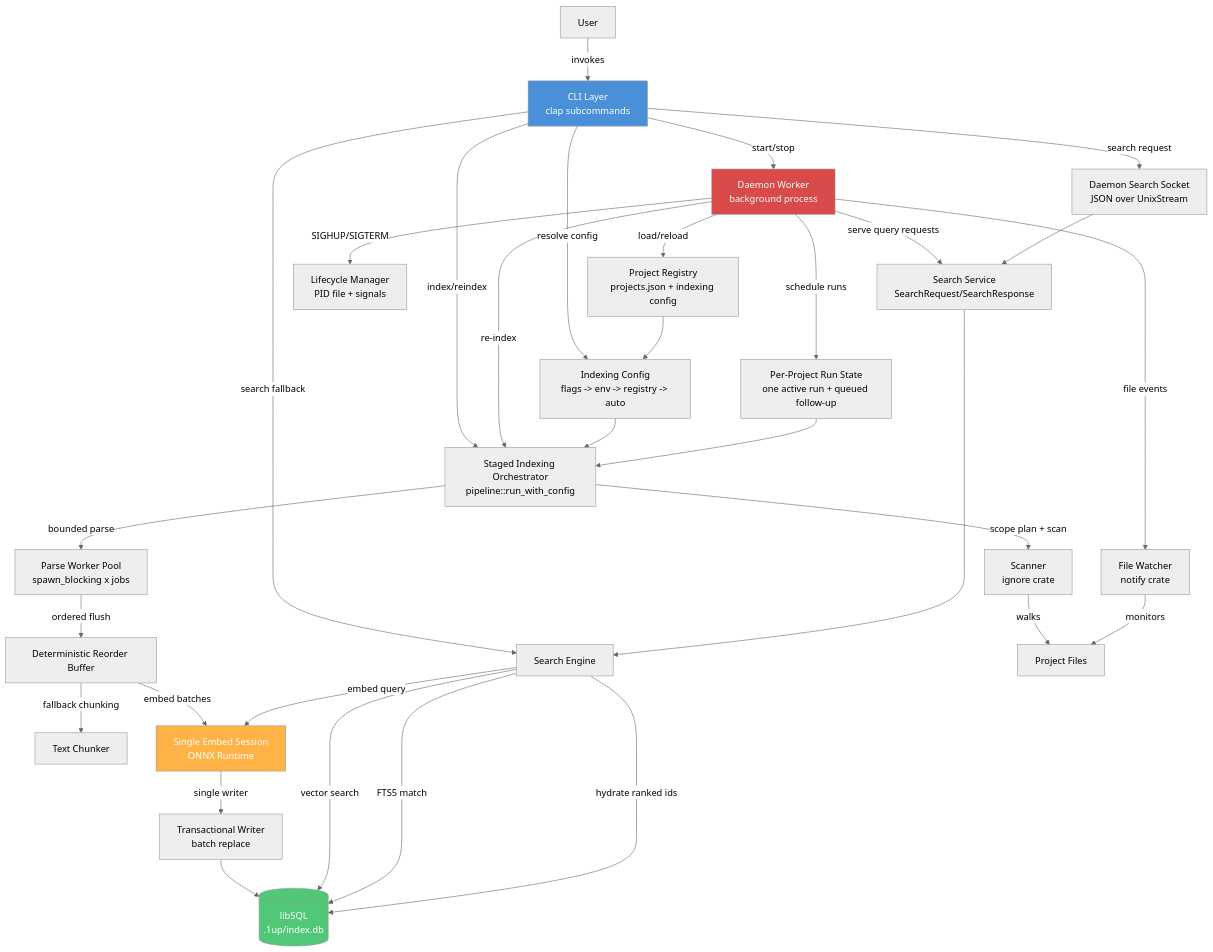
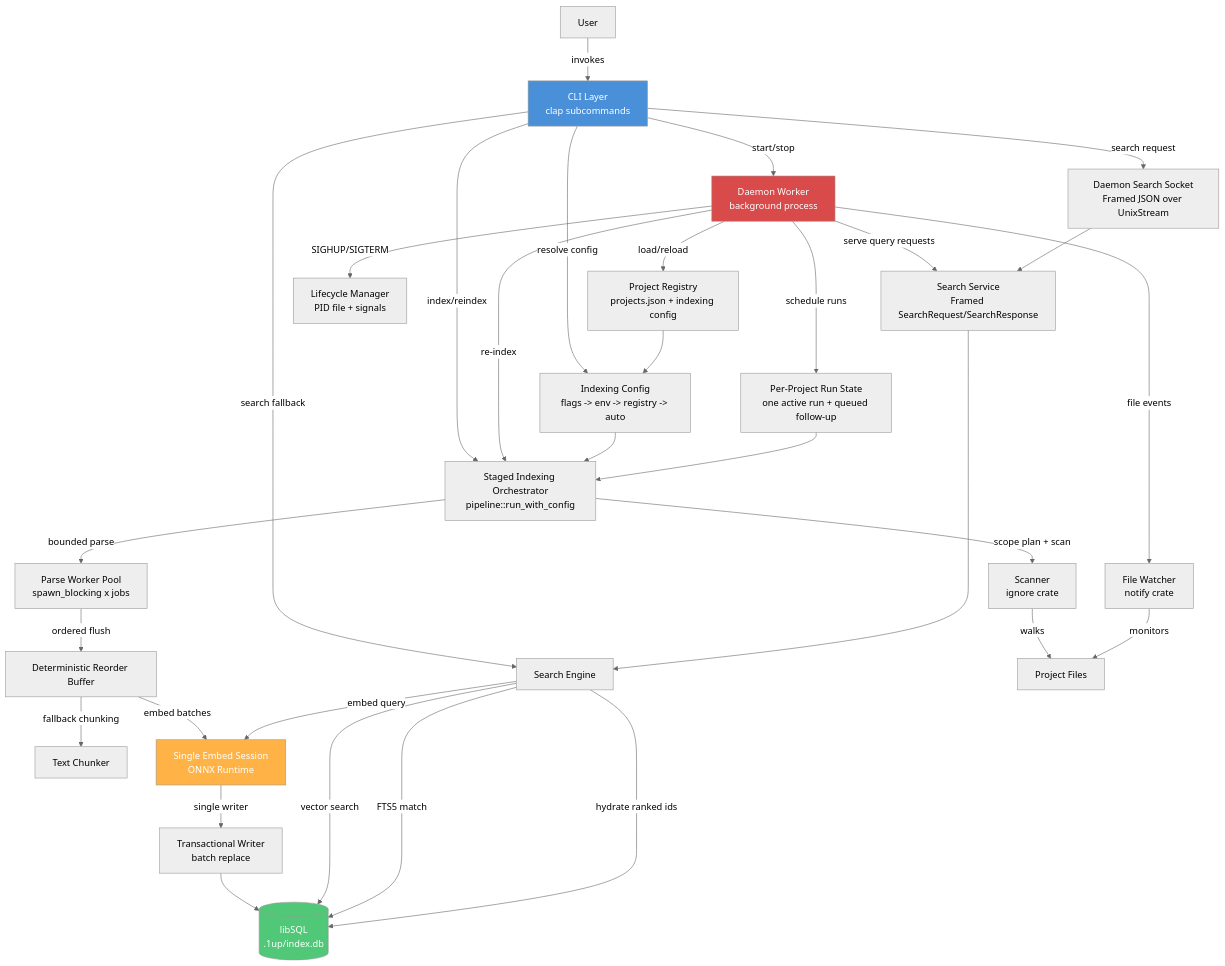
The diagram in .rp1/context/architecture.md (rp1-run/1up), drawn with Mermaid (neutral theme) before and after one commit. The commit also changed other lines of this file and 3 other files, not shown here.

````diff
--- a/.rp1/context/architecture.md
+++ b/.rp1/context/architecture.md
@@ -9,43 +9,43 @@
 ```mermaid
 graph TB
     User[User] -->|invokes| CLI[CLI Layer<br/>clap subcommands]
     CLI -->|resolve config| Config[Indexing Config<br/>flags -> env -> registry -> auto]
     CLI -->|start/stop| Daemon[Daemon Worker<br/>background process]
     CLI -->|index/reindex| Pipeline[Staged Indexing Orchestrator<br/>pipeline::run_with_config]
     CLI -->|search fallback| Search[Search Engine]
-    CLI -->|search request| SearchSocket[Daemon Search Socket<br/>JSON over UnixStream]
+    CLI -->|search request| SearchSocket[Daemon Search Socket<br/>Framed JSON over UnixStream]
 
     Daemon -->|file events| Watcher[File Watcher<br/>notify crate]
     Daemon -->|re-index| Pipeline
-    Daemon -->|serve query requests| SearchService[Search Service<br/>SearchRequest/SearchResponse]
+    Daemon -->|serve query requests| SearchService[Search Service<br/>Framed SearchRequest/SearchResponse]
     Daemon -->|SIGHUP/SIGTERM| Lifecycle[Lifecycle Manager<br/>PID file + signals]
     Daemon -->|load/reload| Registry[Project Registry<br/>projects.json + indexing config]
     Daemon -->|schedule runs| RunState[Per-Project Run State<br/>one active run + queued follow-up]
     SearchSocket --> SearchService
 
     Config --> Pipeline
     Registry --> Config
     RunState --> Pipeline
 
     Pipeline -->|scope plan + scan| Scanner[Scanner<br/>ignore crate]
     Pipeline -->|bounded parse| Parser[Parse Worker Pool<br/>spawn_blocking x jobs]
     Parser -->|ordered flush| Reorder[Deterministic Reorder Buffer]
     Reorder -->|fallback chunking| Chunker[Text Chunker]
     Reorder -->|embed batches| Embedder[Single Embed Session<br/>ONNX Runtime]
     Embedder -->|single writer| Writer[Transactional Writer<br/>batch replace]
     Writer --> DB[(libSQL<br/>.1up/index.db)]
 
     SearchService --> Search
     Search -->|vector search| DB
     Search -->|FTS5 match| DB
     Search -->|hydrate ranked ids| DB
     Search -->|embed query| Embedder
 
     Scanner -->|walks| FS[Project Files]
     Watcher -->|monitors| FS
 
     style CLI fill:#4A90D9,color:#fff
     style Daemon fill:#D94A4A,color:#fff
     style DB fill:#50C878,color:#fff
     style Embedder fill:#FFB347,color:#fff
 ```
````
